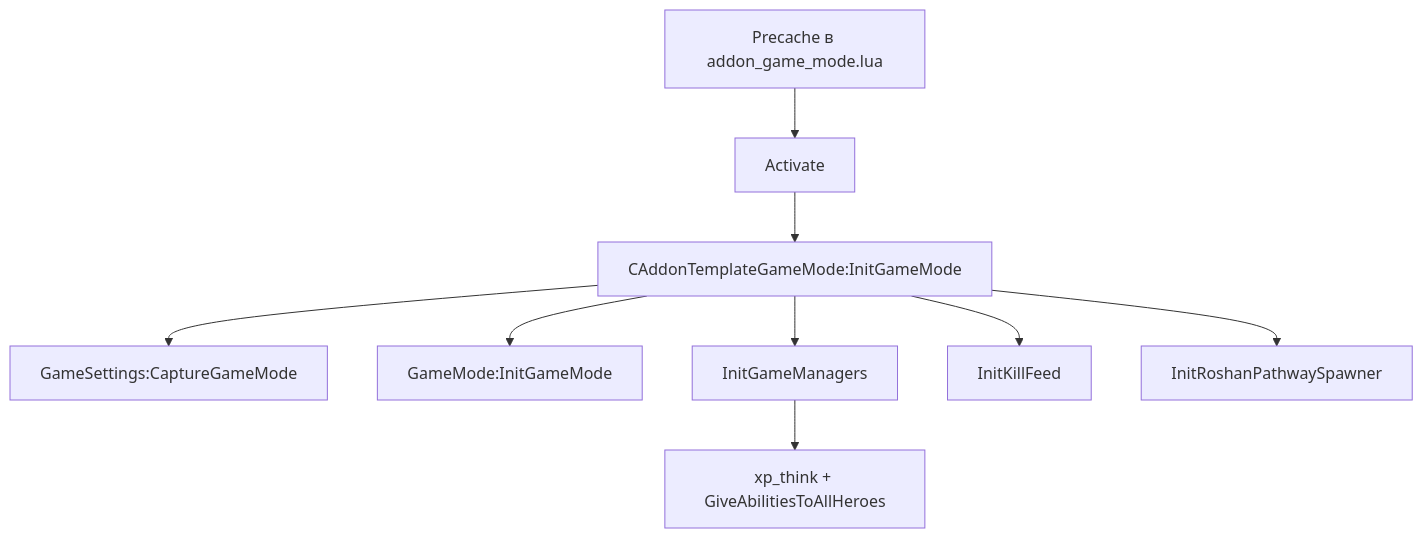
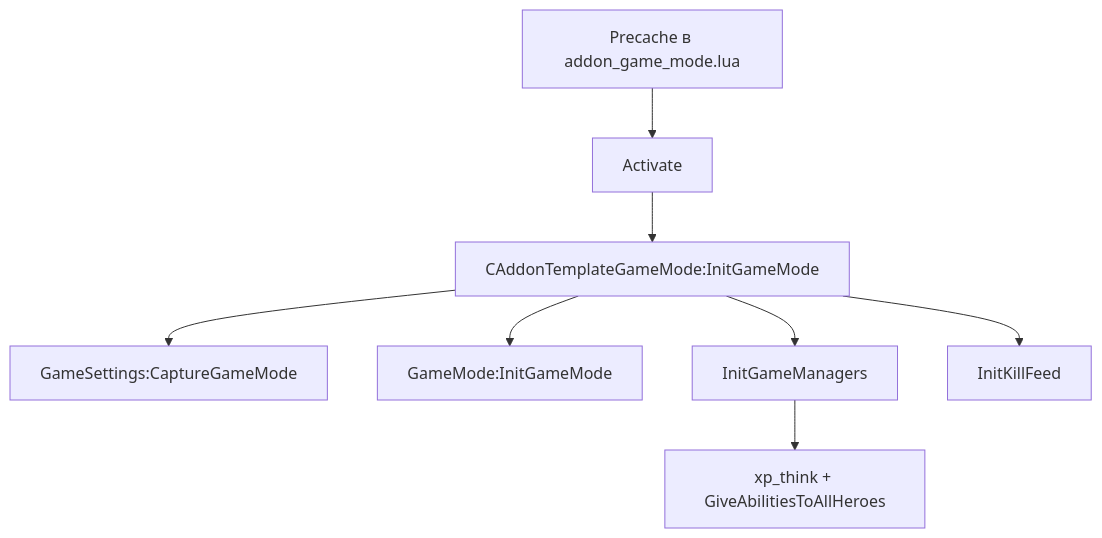
The first of 5 diagrams in docs/AGENTS.md (konalt1/Trinity), drawn with Mermaid before and after one commit. The commit also changed other lines of this file and 27 other files, not shown here.

````diff
--- a/docs/AGENTS.md
+++ b/docs/AGENTS.md
@@ -139,11 +139,10 @@
 ```mermaid
 flowchart TD
     A[Precache в addon_game_mode.lua] --> B[Activate]
     B --> C[CAddonTemplateGameMode:InitGameMode]
     C --> D[GameSettings:CaptureGameMode]
     C --> E[GameMode:InitGameMode]
     C --> F[InitGameManagers]
     C --> G[InitKillFeed]
-    C --> H[InitRoshanPathwaySpawner]
     F --> I[xp_think + GiveAbilitiesToAllHeroes]
 ```
````
